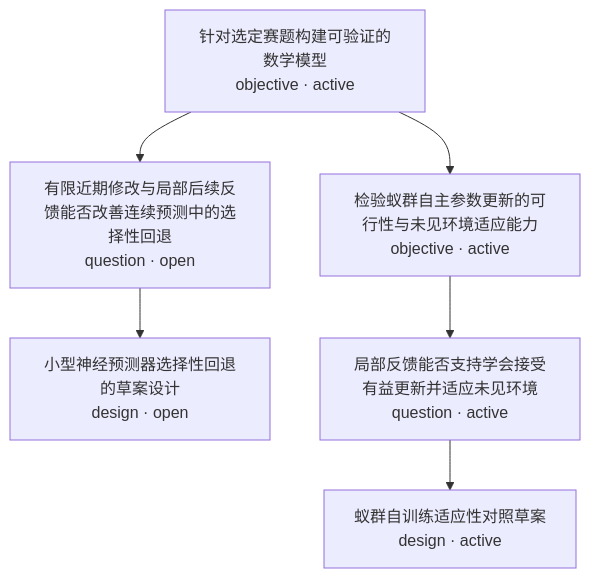
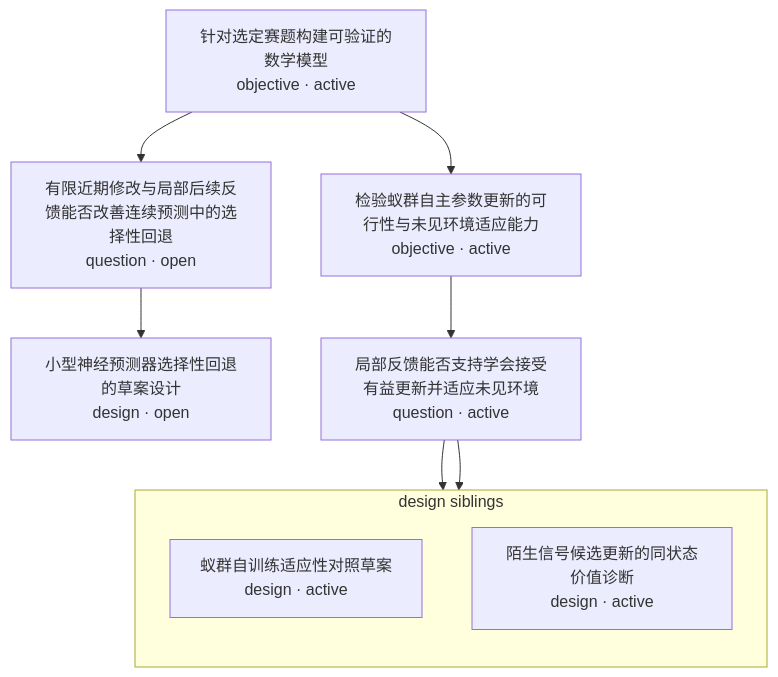
One commit to Akira-TL/Antomony changed the diagram in research-tree/README.md. Above: the diagram before and after it, drawn with Mermaid. The commit also changed other lines of this file and 2 other files, not shown here.

Commit message:
DOCS: (research) register frozen candidate-value diagnostic

````diff
--- a/research-tree/README.md
+++ b/research-tree/README.md
@@ -5,14 +5,19 @@
 ```mermaid
 flowchart TD
     N1["针对选定赛题构建可验证的数学模型<br/>objective · active"]
     N2["有限近期修改与局部后续反馈能否改善连续预测中的选择性回退<br/>question · open"]
     N3["小型神经预测器选择性回退的草案设计<br/>design · open"]
     N4["检验蚁群自主参数更新的可行性与未见环境适应能力<br/>objective · active"]
     N5["局部反馈能否支持学会接受有益更新并适应未见环境<br/>question · active"]
-    N6["蚁群自训练适应性对照草案<br/>design · active"]
+    subgraph G5_design["design siblings"]
+        direction TB
+        N6["蚁群自训练适应性对照草案<br/>design · active"]
+        N7["陌生信号候选更新的同状态价值诊断<br/>design · active"]
+    end
     N1 --> N2
     N2 --> N3
     N1 --> N4
     N4 --> N5
     N5 --> N6
+    N5 --> N7
 ```
````
